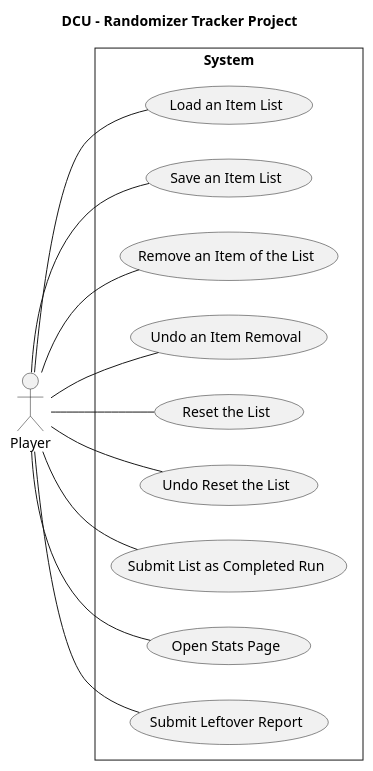
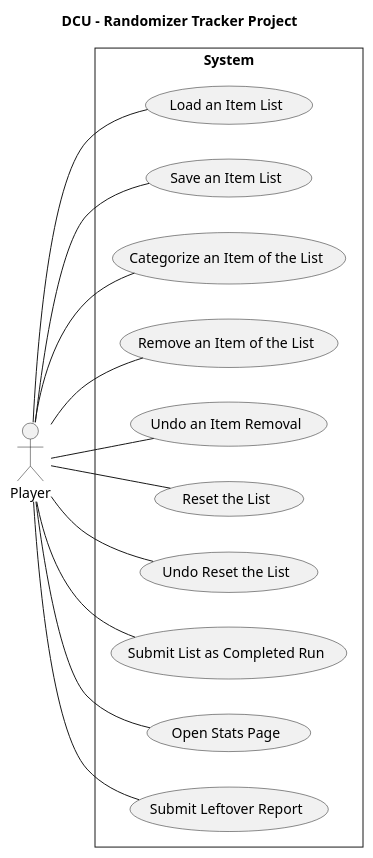
Before and after one commit to vexys001/RandoTracker: the diagram in docs/UseCases/dcu.puml, drawn with PlantUML.

Commit message:
DCU - v_ite01

```diff
--- a/docs/UseCases/dcu.puml
+++ b/docs/UseCases/dcu.puml
@@ -1,33 +1,35 @@
 @startuml
 left to right direction
 skinparam style strictuml
 skinparam packageStyle rect
 skinparam backgroundcolor transparent
 skinparam defaultfontname Verdana
 
 title DCU - Randomizer Tracker Project
 
 actor Player as P
 
 rectangle "System" {
   (Load an Item List) as LL
   (Save an Item List) as SL
+  (Categorize an Item of the List) as CI
   (Remove an Item of the List) as RI
   (Undo an Item Removal) as UIR
   (Reset the List) as RL
   (Undo Reset the List) as UR
   (Submit List as Completed Run) as SLC
   (Open Stats Page) as OS
   (Submit Leftover Report) as SR
 
   P -- LL
   P -- SL
+  P -- CI
   P -- RI
   P -- UIR
   P -- RL
   P -- UR
   P -- SLC
   P -- OS
   P -- SR
 }
 @enduml
```
